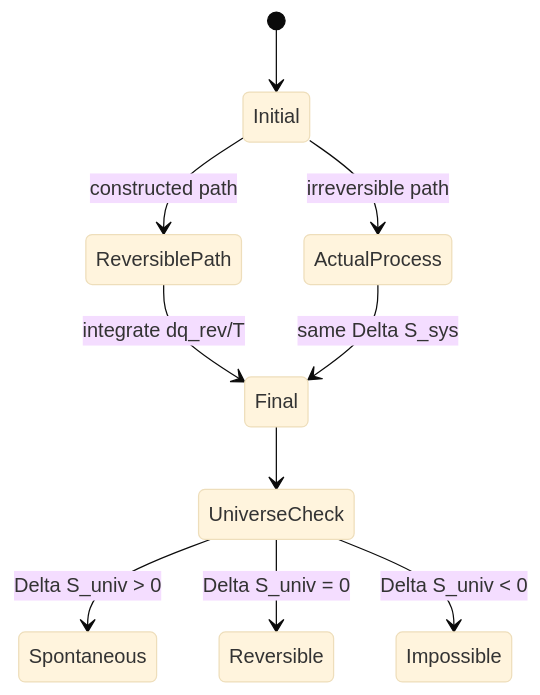
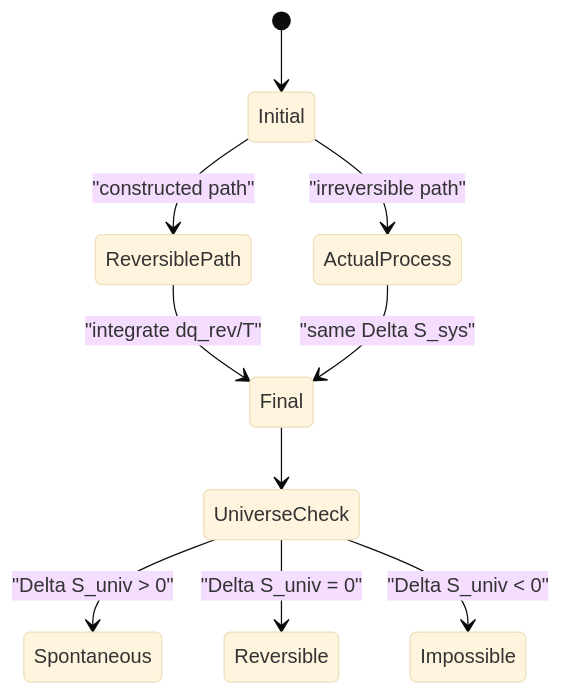
The diagram in docs/chemistry/physical-chemistry/second-law-and-entropy.md (justinbrianhwang/SJ-wiki), drawn with Mermaid (base theme) before and after one commit. The commit also changed other lines of this file and 955 other files, not shown here.

````diff
--- a/docs/chemistry/physical-chemistry/second-law-and-entropy.md
+++ b/docs/chemistry/physical-chemistry/second-law-and-entropy.md
@@ -160,12 +82,12 @@
 ```mermaid
 stateDiagram-v2
   [*] --> Initial
-  Initial --> ActualProcess: irreversible path
-  Initial --> ReversiblePath: constructed path
-  ReversiblePath --> Final: integrate dq_rev/T
-  ActualProcess --> Final: same Delta S_sys
+  Initial --> ActualProcess: "irreversible path"
+  Initial --> ReversiblePath: "constructed path"
+  ReversiblePath --> Final: "integrate dq_rev/T"
+  ActualProcess --> Final: "same Delta S_sys"
   Final --> UniverseCheck
-  UniverseCheck --> Spontaneous: Delta S_univ > 0
-  UniverseCheck --> Reversible: Delta S_univ = 0
-  UniverseCheck --> Impossible: Delta S_univ < 0
+  UniverseCheck --> Spontaneous: "Delta S_univ > 0"
+  UniverseCheck --> Reversible: "Delta S_univ = 0"
+  UniverseCheck --> Impossible: "Delta S_univ < 0"
 ```
````
